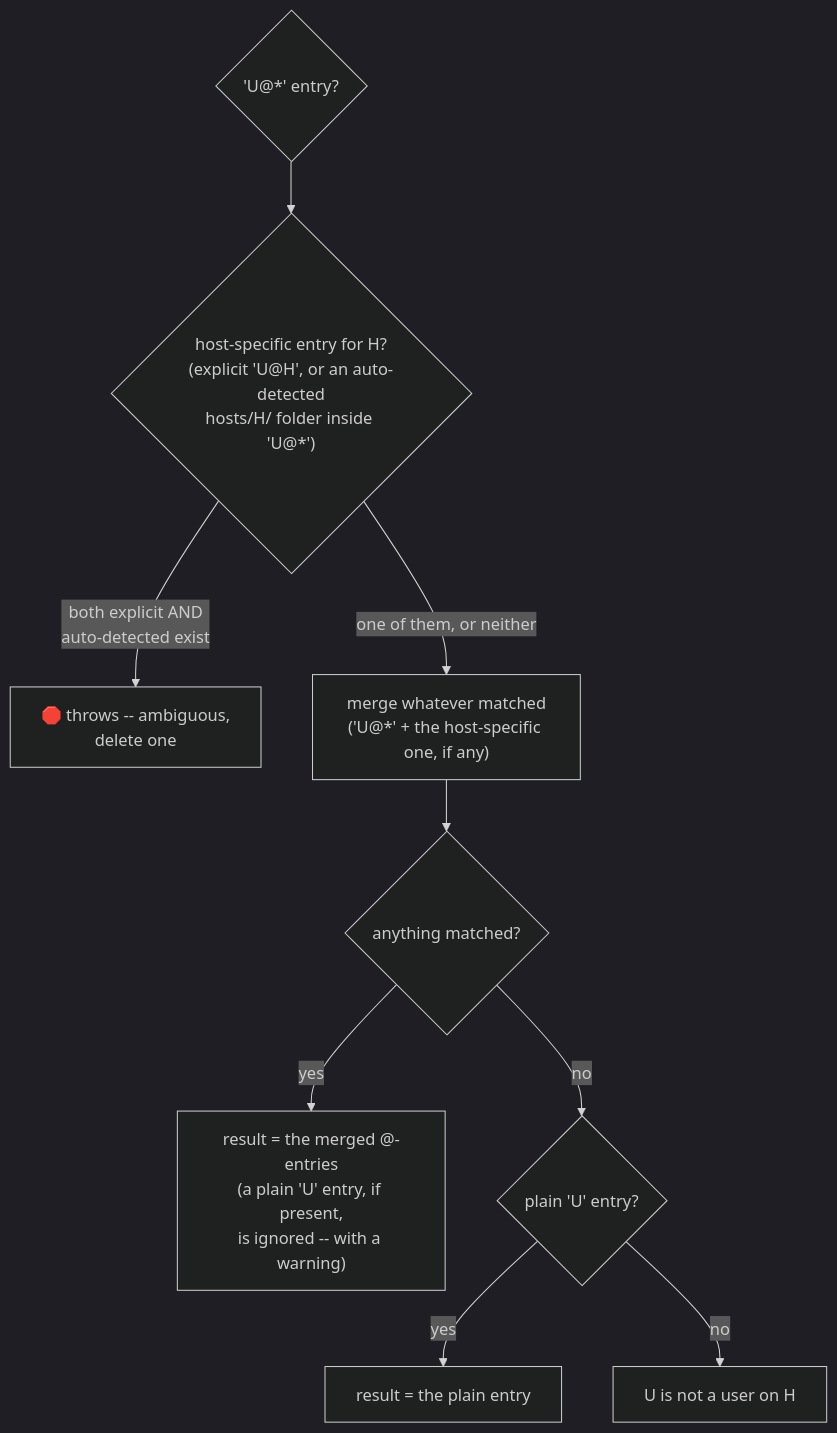
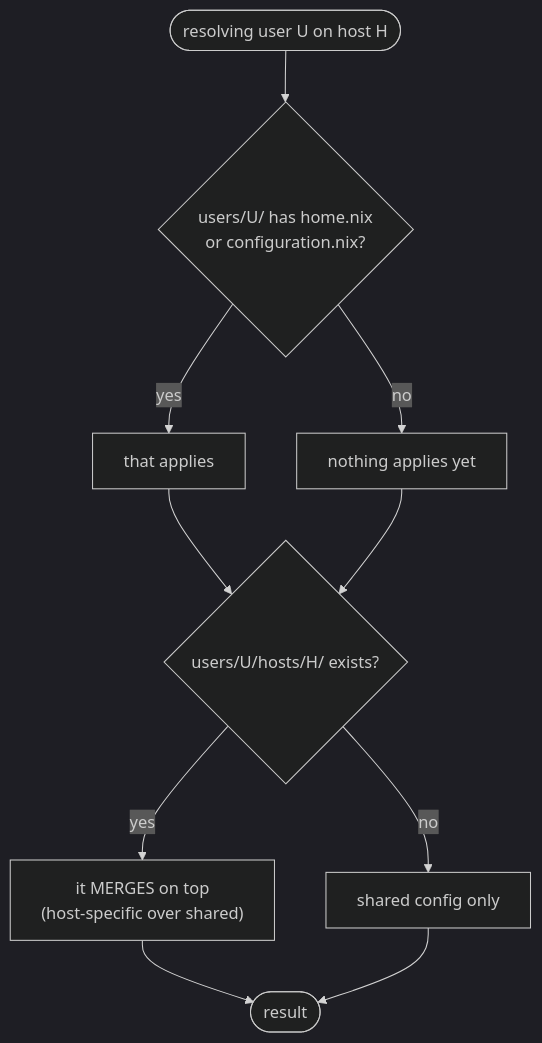
The second of 3 diagrams in docs/getting-started.md (dvaerum/nixpkgs-lib-extensions), drawn with Mermaid (dark theme) before and after one commit. The commit also changed other lines of this file and 42 other files, not shown here.

First line of the commit message:
users: the users/ tree becomes the only way to declare users

````diff
--- a/docs/getting-started.md
+++ b/docs/getting-started.md
@@ -178,13 +164,12 @@
 ```mermaid
 flowchart TD
-    Q1{"'U@*' entry?"}
-    Q2{"host-specific entry for H?<br/>(explicit 'U@H', or an auto-detected<br/>hosts/H/ folder inside 'U@*')"}
-    Q1 --> Q2
-    Q2 -->|"both explicit AND<br/>auto-detected exist"| Throw["🛑 throws -- ambiguous,<br/>delete one"]
-    Q2 -->|"one of them, or neither"| Merge["merge whatever matched<br/>('U@*' + the host-specific one, if any)"]
-    Merge --> AnyQ{"anything matched?"}
-    AnyQ -->|yes| R1["result = the merged @-entries<br/>(a plain 'U' entry, if present,<br/>is ignored -- with a warning)"]
-    AnyQ -->|no| PlainQ{"plain 'U' entry?"}
-    PlainQ -->|yes| R2["result = the plain entry"]
-    PlainQ -->|no| R3["U is not a user on H"]
+    A(["resolving user U on host H"]) --> B{"users/U/ has home.nix<br/>or configuration.nix?"}
+    B -->|yes| C["that applies"]
+    B -->|no| D["nothing applies yet"]
+    C --> E{"users/U/hosts/H/ exists?"}
+    D --> E
+    E -->|yes| F["it MERGES on top<br/>(host-specific over shared)"]
+    E -->|no| G["shared config only"]
+    F --> H(["result"])
+    G --> H
 ```
````
